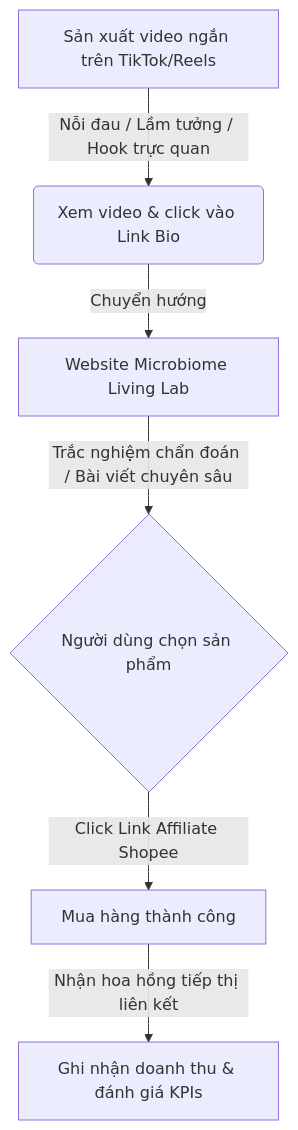
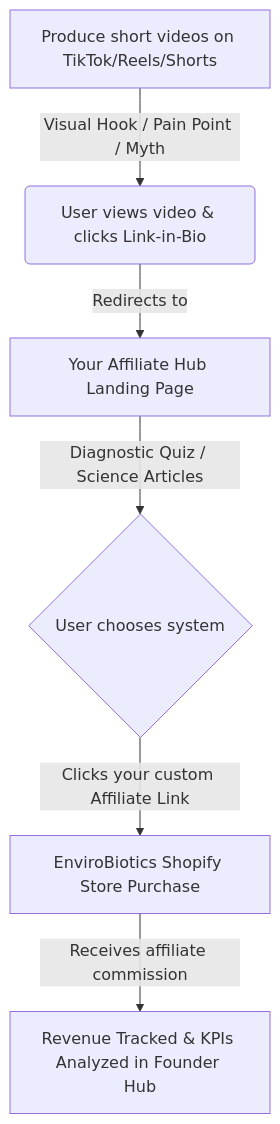
Before and after one commit to enexiaplatform/microbiome: the diagram in onboarding_manual.md, drawn with Mermaid. The commit also changed other lines of this file and 16 other files, not shown here.

Commit message:
Refactor complete codebase to English and pivot to EnviroBiotics affiliate program

````diff
--- a/onboarding_manual.md
+++ b/onboarding_manual.md
@@ -10,8 +10,8 @@
 ```mermaid
 graph TD
-    A[Sản xuất video ngắn trên TikTok/Reels] -->|Nỗi đau / Lầm tưởng / Hook trực quan| B(Xem video & click vào Link Bio)
-    B -->|Chuyển hướng| C[Website Microbiome Living Lab]
-    C -->|Trắc nghiệm chẩn đoán / Bài viết chuyên sâu| D{Người dùng chọn sản phẩm}
-    D -->|Click Link Affiliate Shopee| E[Mua hàng thành công]
-    E -->|Nhận hoa hồng tiếp thị liên kết| F[Ghi nhận doanh thu & đánh giá KPIs]
+    A[Produce short videos on TikTok/Reels/Shorts] -->|Visual Hook / Pain Point / Myth| B(User views video & clicks Link-in-Bio)
+    B -->|Redirects to| C[Your Affiliate Hub Landing Page]
+    C -->|Diagnostic Quiz / Science Articles| D{User chooses system}
+    D -->|Clicks your custom Affiliate Link| E[EnviroBiotics Shopify Store Purchase]
+    E -->|Receives affiliate commission| F[Revenue Tracked & KPIs Analyzed in Founder Hub]
 ```
````
